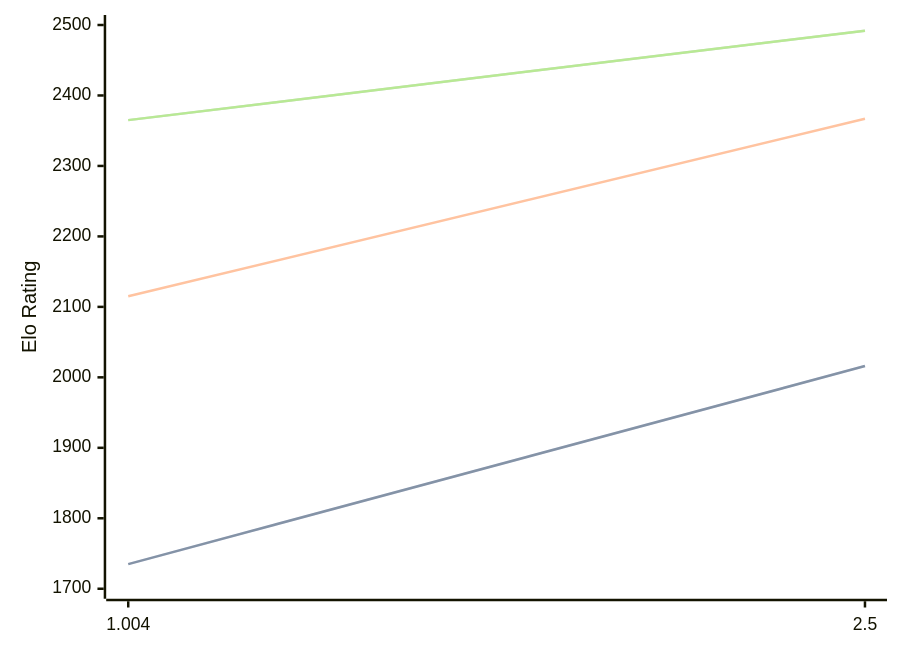
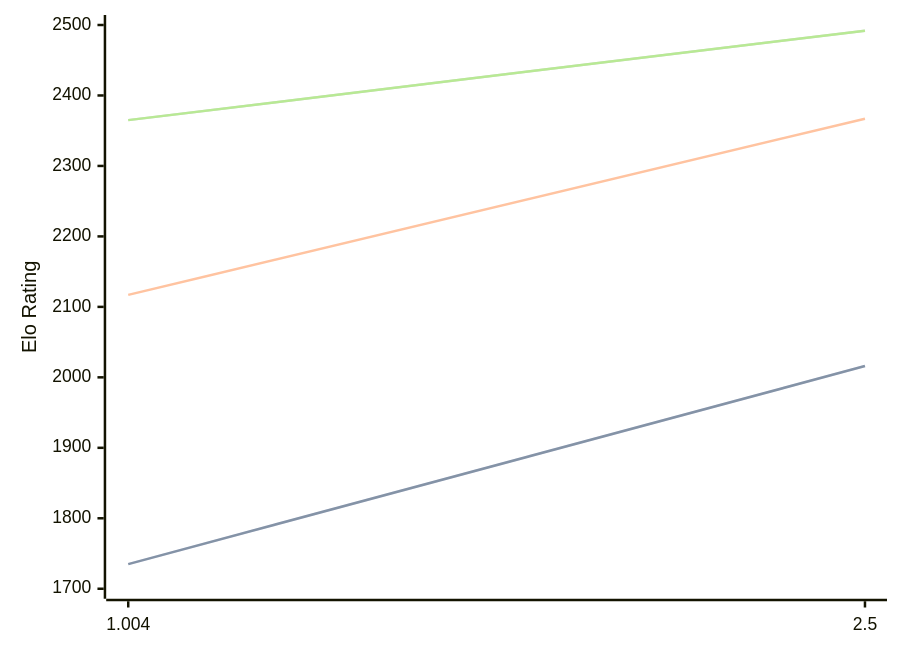
The diagram in engines/Ares.md (computer-chess-index/cci), drawn with Mermaid before and after one commit. The commit also changed other lines of this file, not shown here.

````diff
--- a/engines/Ares.md
+++ b/engines/Ares.md
@@ -32,11 +32,11 @@
 ```mermaid
 %%{init: {"theme":"base","themeVariables":{"seriesColors:['#a3a3a3','#222221','#faa371']}}}%%
 xychart-beta
   x-axis ["1.004", "2.5"]
   y-axis "Elo Rating" 1700 --> 2500
   line "STC (8.0+0.08s)" [1735, 2016]
   line "STC (8.0+0.08s)" [1735, 2016]
-  line "LTC (60.0+0.60s)" [2115, 2367]
+  line "LTC (60.0+0.60s)" [2117, 2367]
   line "VLTC (2m24s+1.12s)" [2365, 2492]
   line "VLTC (2m24s+1.12s)" [2365, 2492]
 ```
````
